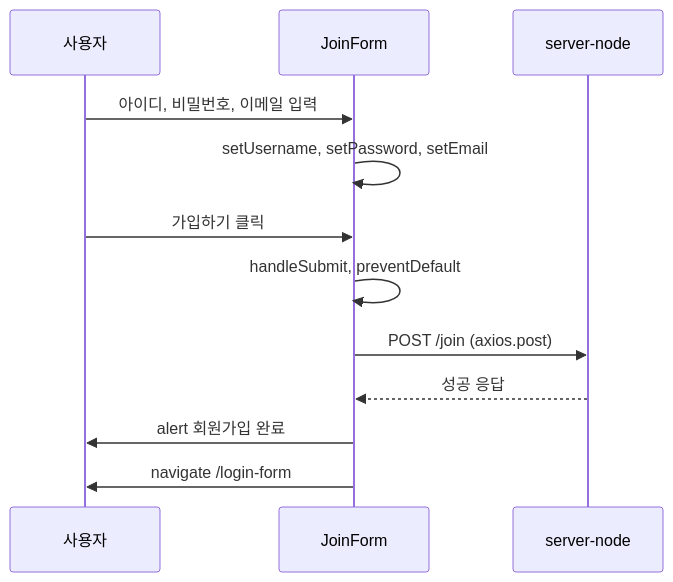
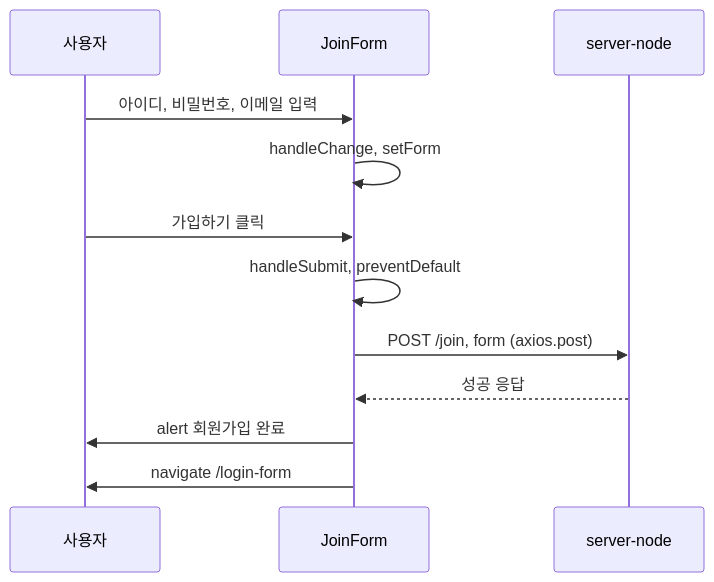
One commit to metakit-sorucecode/react-blog changed the diagram in .projectcode/chapters/join/diagrams/flow.md. Above: the diagram before and after it, drawn with Mermaid. The commit also changed 7 other files, not shown here.

````diff
--- a/.projectcode/chapters/join/diagrams/flow.md
+++ b/.projectcode/chapters/join/diagrams/flow.md
@@ -3,14 +3,14 @@
 ```mermaid
 sequenceDiagram
   participant U as 사용자
   participant J as JoinForm
   participant S as server-node
   U->>J: 아이디, 비밀번호, 이메일 입력
-  J->>J: setUsername, setPassword, setEmail
+  J->>J: handleChange, setForm
   U->>J: 가입하기 클릭
   J->>J: handleSubmit, preventDefault
-  J->>S: POST /join (axios.post)
+  J->>S: POST /join, form (axios.post)
   S-->>J: 성공 응답
   J->>U: alert 회원가입 완료
   J->>U: navigate /login-form
 ```
````
